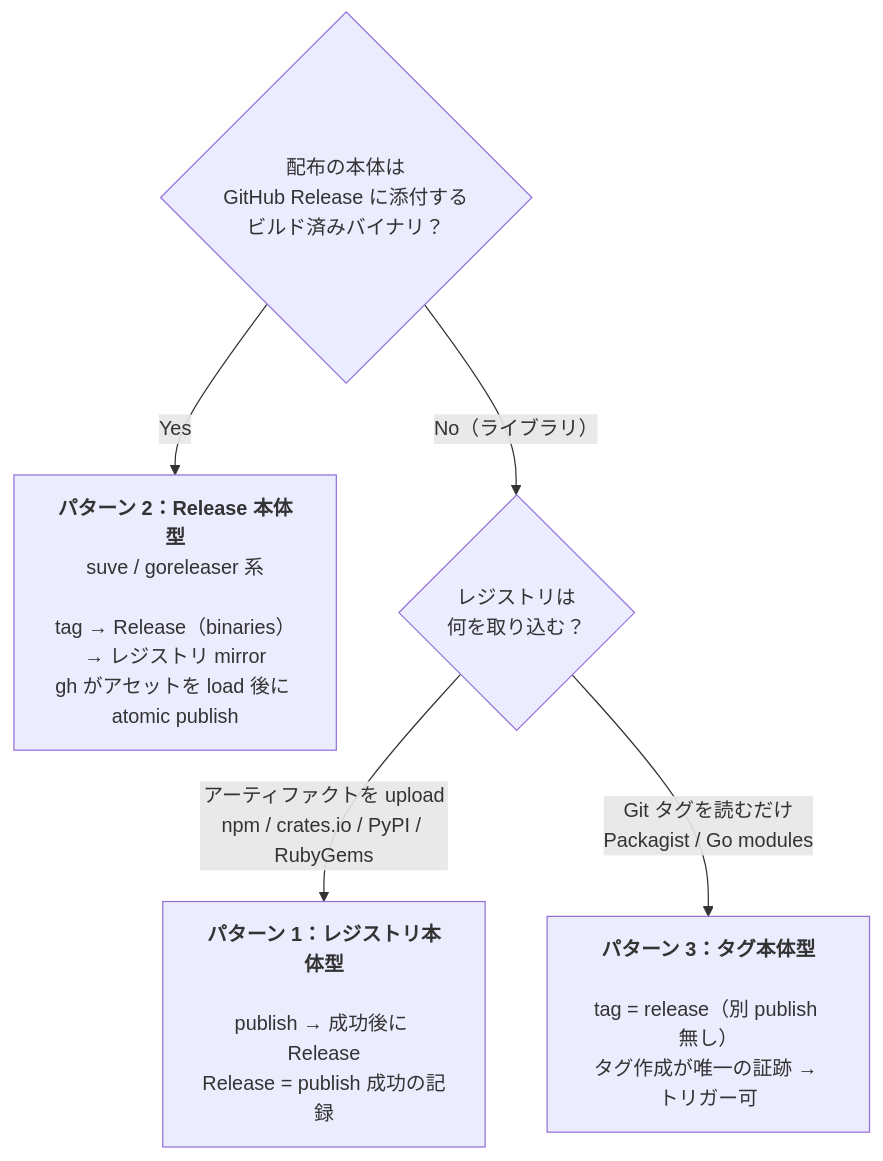
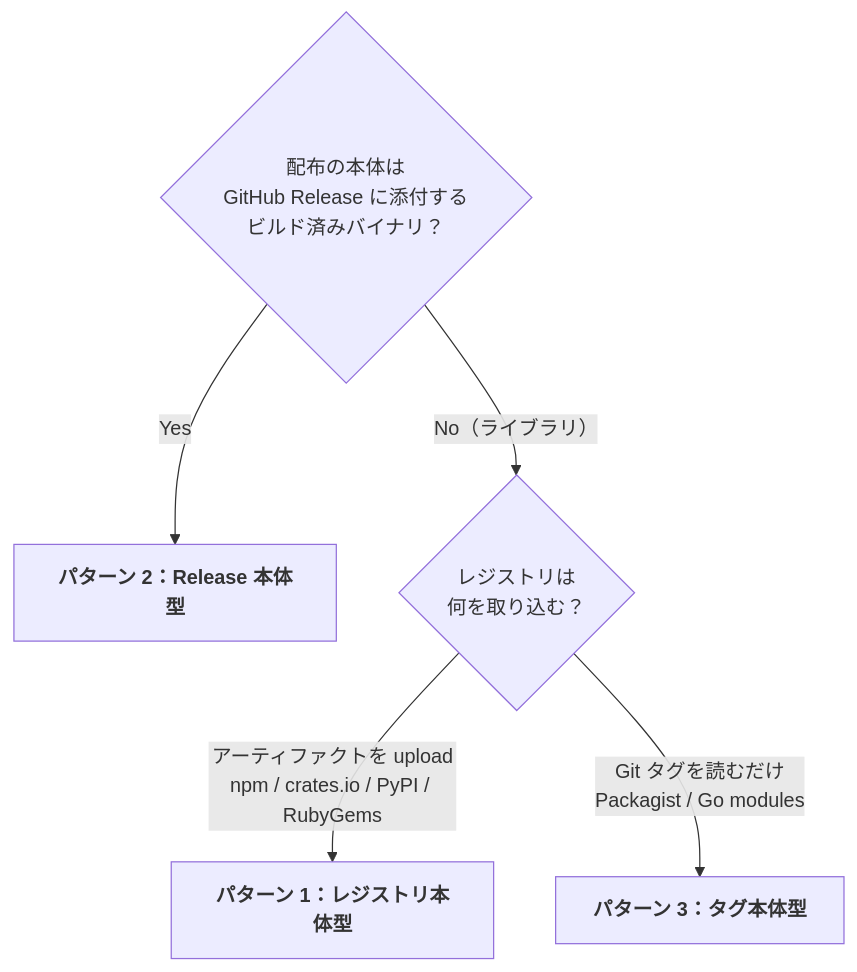
Before and after one commit to mpyw/zenn: the second of 4 diagrams in articles/github-release-not-a-publish-trigger.md, drawn with Mermaid. The commit also changed other lines of this file, not shown here.

````diff
--- a/articles/github-release-not-a-publish-trigger.md
+++ b/articles/github-release-not-a-publish-trigger.md
@@ -171,8 +169,8 @@
 ```mermaid
 flowchart TD
     Q1{"配布の本体は<br/>GitHub Release に添付する<br/>ビルド済みバイナリ？"}
-    Q1 -->|Yes| P2["<b>パターン 2：Release 本体型</b><br/>suve / goreleaser 系<br/><br/>tag → Release（binaries）→ レジストリ mirror<br/>gh がアセットを load 後に atomic publish"]
+    Q1 -->|Yes| P2["<b>パターン 2：Release 本体型</b>"]
     Q1 -->|"No（ライブラリ）"| Q2{"レジストリは<br/>何を取り込む？"}
-    Q2 -->|"アーティファクトを upload<br/>npm / crates.io / PyPI / RubyGems"| P1["<b>パターン 1：レジストリ本体型</b><br/><br/>publish → 成功後に Release<br/>Release = publish 成功の記録"]
-    Q2 -->|"Git タグを読むだけ<br/>Packagist / Go modules"| P3["<b>パターン 3：タグ本体型</b><br/><br/>tag = release（別 publish 無し）<br/>タグ作成が唯一の証跡 → トリガー可"]
+    Q2 -->|"アーティファクトを upload<br/>npm / crates.io / PyPI / RubyGems"| P1["<b>パターン 1：レジストリ本体型</b>"]
+    Q2 -->|"Git タグを読むだけ<br/>Packagist / Go modules"| P3["<b>パターン 3：タグ本体型</b>"]
 ```
````
